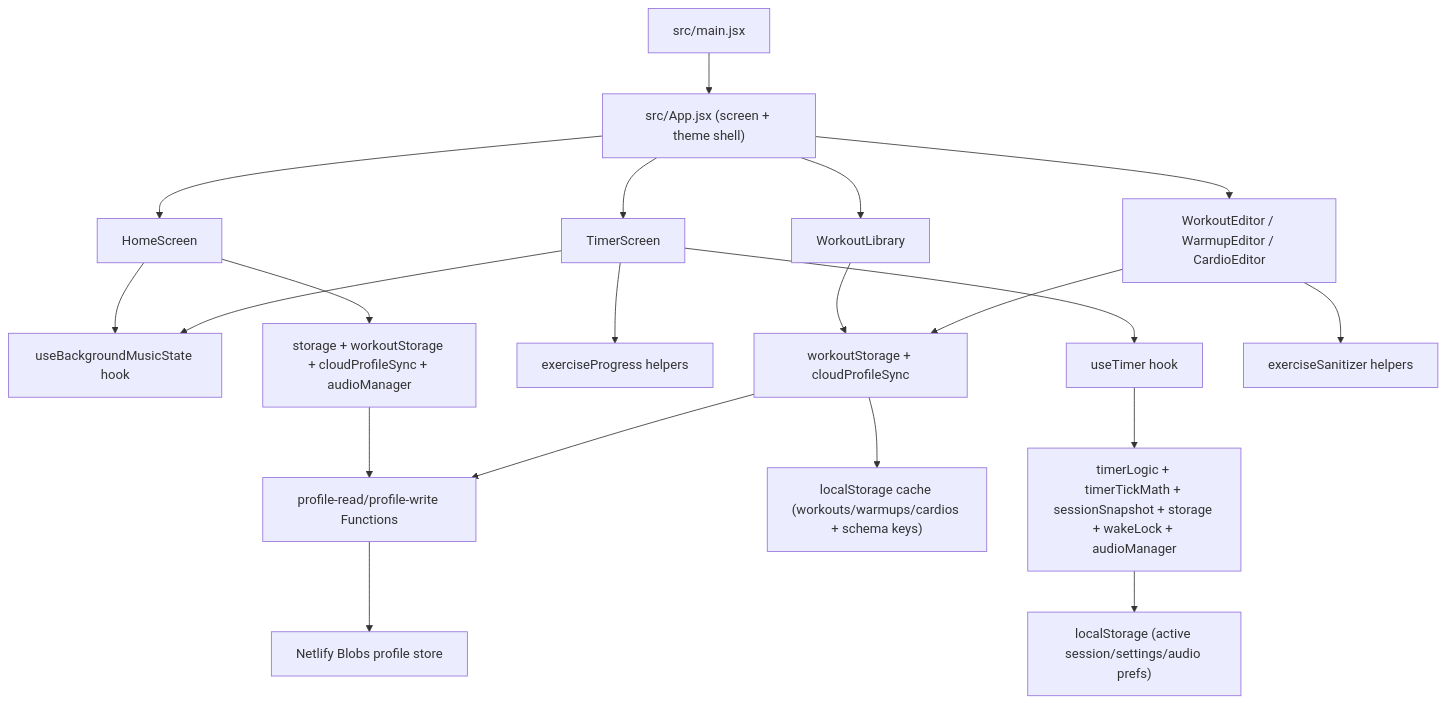
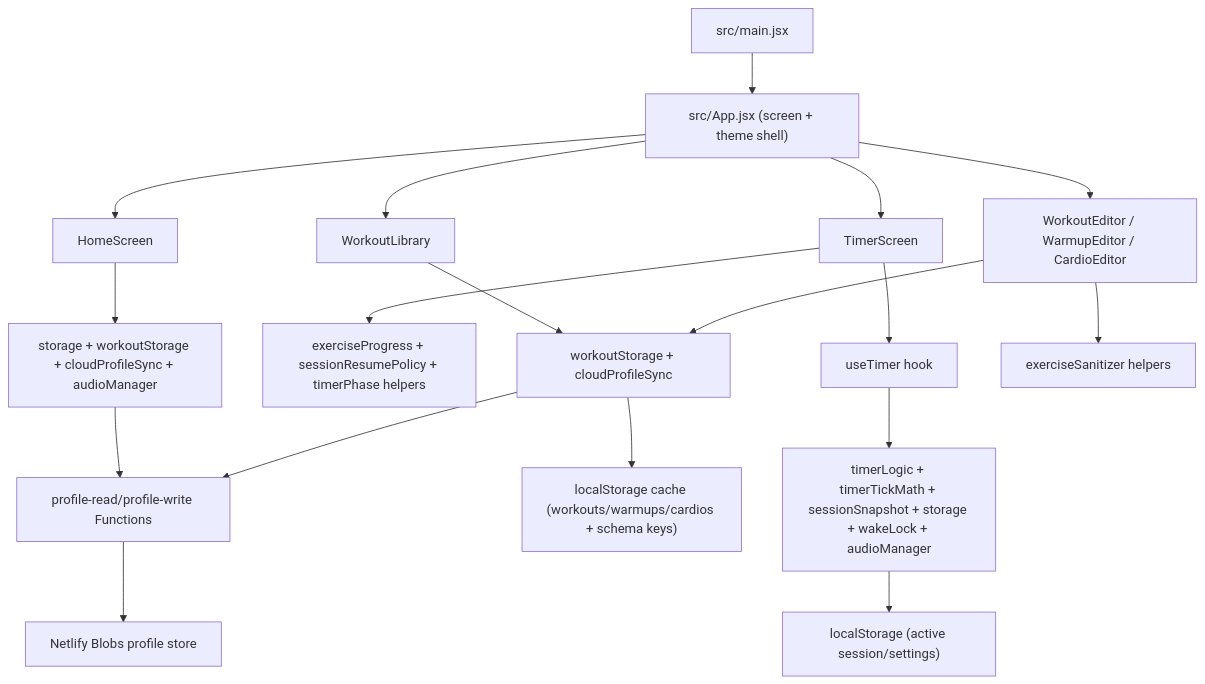
The diagram in docs/architecture-map.md (milogosx/new-timer), drawn with Mermaid before and after one commit. The commit also changed other lines of this file and 28 other files, not shown here.

````diff
--- a/docs/architecture-map.md
+++ b/docs/architecture-map.md
@@ -14,22 +14,20 @@
 ```mermaid
 flowchart TD
   A["src/main.jsx"] --> B["src/App.jsx (screen + theme shell)"]
   B --> C["HomeScreen"]
   B --> D["TimerScreen"]
   B --> E["WorkoutLibrary"]
   B --> F["WorkoutEditor / WarmupEditor / CardioEditor"]
-  C --> M["useBackgroundMusicState hook"]
   D --> G["useTimer hook"]
-  D --> N["exerciseProgress helpers"]
-  D --> M
+  D --> N["exerciseProgress + sessionResumePolicy + timerPhase helpers"]
   G --> H["timerLogic + timerTickMath + sessionSnapshot + storage + wakeLock + audioManager"]
   C --> I["storage + workoutStorage + cloudProfileSync + audioManager"]
   E --> J["workoutStorage + cloudProfileSync"]
   F --> O["exerciseSanitizer helpers"]
   F --> J
   J --> K["localStorage cache (workouts/warmups/cardios + schema keys)"]
   P["profile-read/profile-write Functions"] --> Q["Netlify Blobs profile store"]
   I --> P
   J --> P
-  H --> L["localStorage (active session/settings/audio prefs)"]
+  H --> L["localStorage (active session/settings)"]
 ```
````
